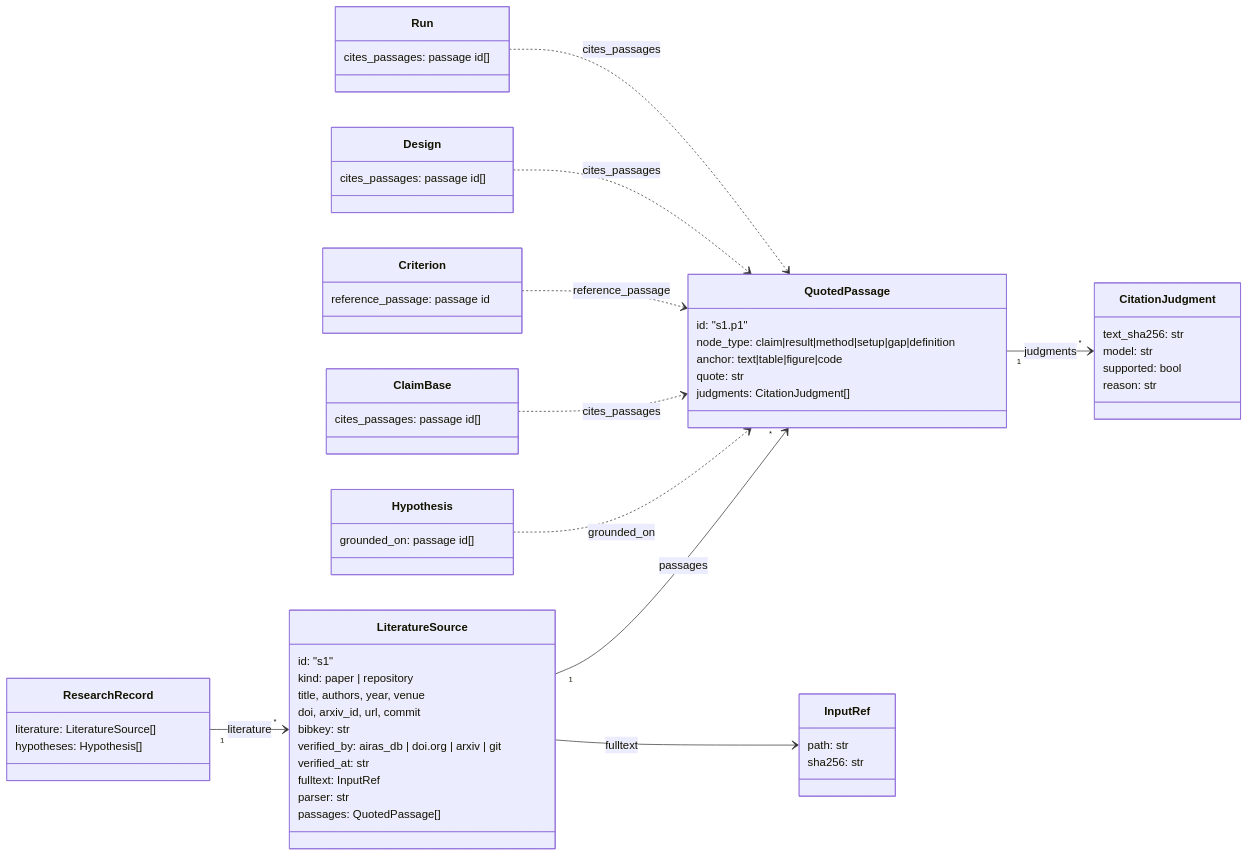
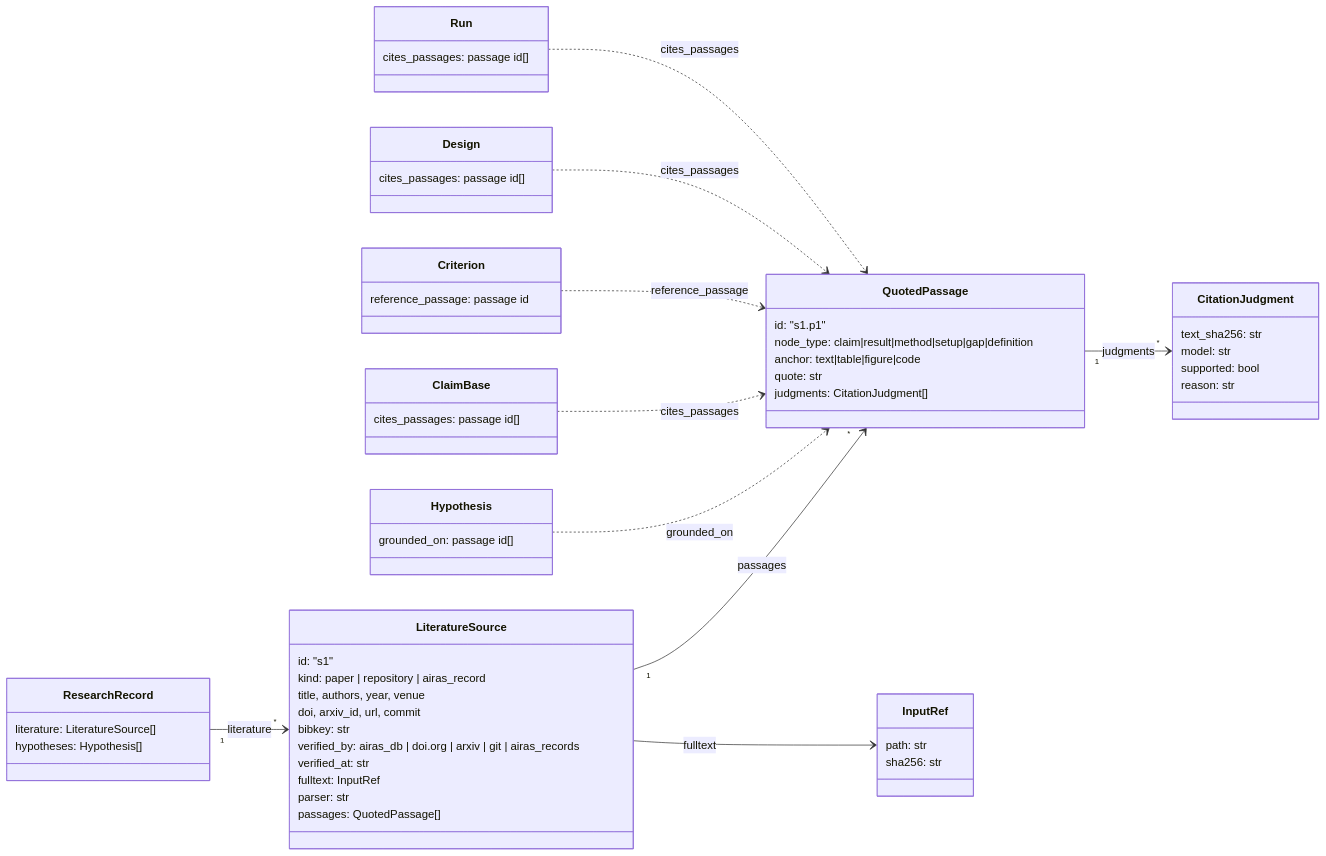
The first of 2 diagrams in docs/record-json-schema.md (airas-org/airas), drawn with Mermaid before and after one commit. The commit also changed other lines of this file and 26 other files, not shown here.

````diff
--- a/docs/record-json-schema.md
+++ b/docs/record-json-schema.md
@@ -16,63 +16,63 @@
 ```mermaid
 classDiagram
     direction LR
 
     class ResearchRecord {
         literature: LiteratureSource[]
         hypotheses: Hypothesis[]
     }
     class LiteratureSource {
         id: "s1"
-        kind: paper | repository
+        kind: paper | repository | airas_record
         title, authors, year, venue
         doi, arxiv_id, url, commit
         bibkey: str
-        verified_by: airas_db | doi.org | arxiv | git
+        verified_by: airas_db | doi.org | arxiv | git | airas_records
         verified_at: str
         fulltext: InputRef
         parser: str
         passages: QuotedPassage[]
     }
     class QuotedPassage {
         id: "s1.p1"
         node_type: claim|result|method|setup|gap|definition
         anchor: text|table|figure|code
         quote: str
         judgments: CitationJudgment[]
     }
     class CitationJudgment {
         text_sha256: str
         model: str
         supported: bool
         reason: str
     }
     class InputRef {
         path: str
         sha256: str
     }
     class Hypothesis {
         grounded_on: passage id[]
     }
     class ClaimBase {
         cites_passages: passage id[]
     }
     class Criterion {
         reference_passage: passage id
     }
     class Design {
         cites_passages: passage id[]
     }
     class Run {
         cites_passages: passage id[]
     }
 
     ResearchRecord "1" --> "*" LiteratureSource : literature
     LiteratureSource "1" --> "*" QuotedPassage : passages
     QuotedPassage "1" --> "*" CitationJudgment : judgments
     LiteratureSource --> InputRef : fulltext
     Hypothesis ..> QuotedPassage : grounded_on
     ClaimBase ..> QuotedPassage : cites_passages
     Criterion ..> QuotedPassage : reference_passage
     Design ..> QuotedPassage : cites_passages
     Run ..> QuotedPassage : cites_passages
 ```
````
